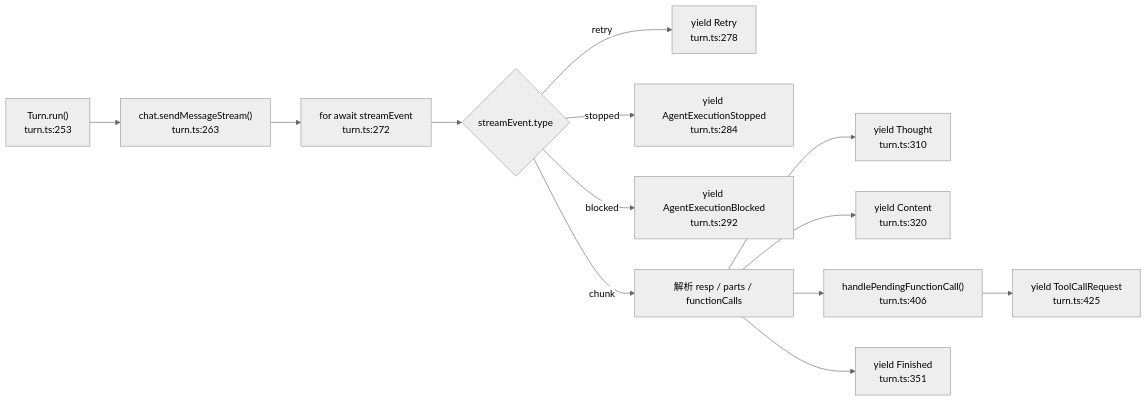
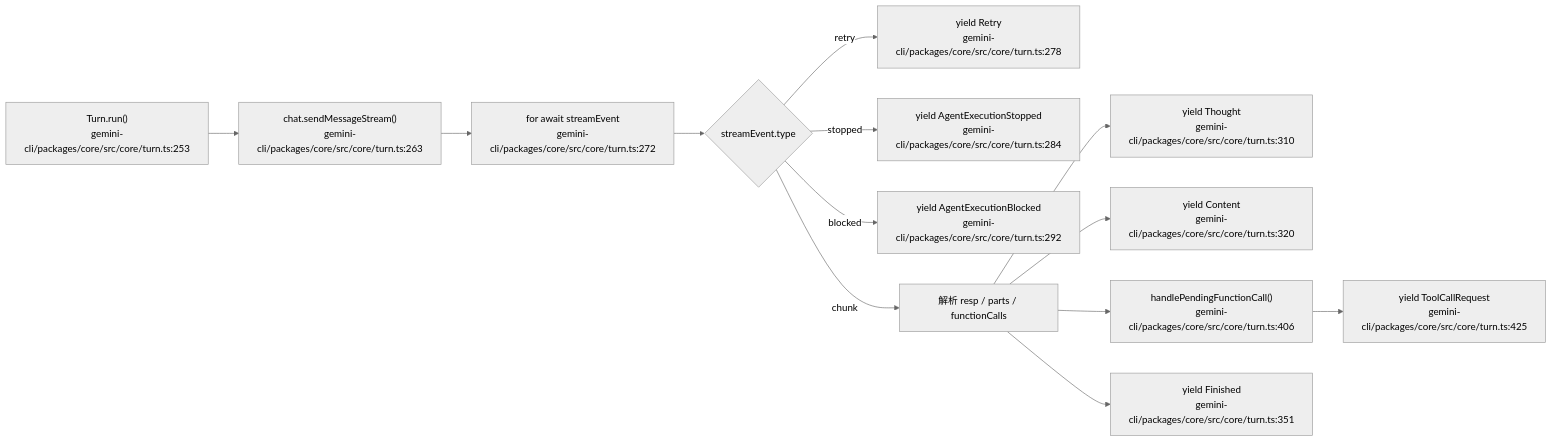
Before and after one commit to feuyeux/hello-olleh: the fourth of 6 diagrams in hello-gemini-cli/03-agent-loop.md, drawn with Mermaid. The commit also changed other lines of this file and 36 other files, not shown here.

````diff
--- a/hello-gemini-cli/03-agent-loop.md
+++ b/hello-gemini-cli/03-agent-loop.md
@@ -157,16 +157,16 @@
 ```mermaid
 %%{init: {'theme': 'neutral'}}%%
 flowchart LR
-    A["Turn.run()<br/>turn.ts:253"] --> B["chat.sendMessageStream()<br/>turn.ts:263"]
-    B --> C["for await streamEvent<br/>turn.ts:272"]
+    A["Turn.run()<br/>gemini-cli/packages/core/src/core/turn.ts:253"] --> B["chat.sendMessageStream()<br/>gemini-cli/packages/core/src/core/turn.ts:263"]
+    B --> C["for await streamEvent<br/>gemini-cli/packages/core/src/core/turn.ts:272"]
     C --> D{"streamEvent.type"}
-    D -->|retry| E["yield Retry<br/>turn.ts:278"]
-    D -->|stopped| F["yield AgentExecutionStopped<br/>turn.ts:284"]
-    D -->|blocked| G["yield AgentExecutionBlocked<br/>turn.ts:292"]
+    D -->|retry| E["yield Retry<br/>gemini-cli/packages/core/src/core/turn.ts:278"]
+    D -->|stopped| F["yield AgentExecutionStopped<br/>gemini-cli/packages/core/src/core/turn.ts:284"]
+    D -->|blocked| G["yield AgentExecutionBlocked<br/>gemini-cli/packages/core/src/core/turn.ts:292"]
     D -->|chunk| H["解析 resp / parts / functionCalls"]
-    H --> I["yield Thought<br/>turn.ts:310"]
-    H --> J["yield Content<br/>turn.ts:320"]
-    H --> K["handlePendingFunctionCall()<br/>turn.ts:406"]
-    K --> L["yield ToolCallRequest<br/>turn.ts:425"]
-    H --> M["yield Finished<br/>turn.ts:351"]
+    H --> I["yield Thought<br/>gemini-cli/packages/core/src/core/turn.ts:310"]
+    H --> J["yield Content<br/>gemini-cli/packages/core/src/core/turn.ts:320"]
+    H --> K["handlePendingFunctionCall()<br/>gemini-cli/packages/core/src/core/turn.ts:406"]
+    K --> L["yield ToolCallRequest<br/>gemini-cli/packages/core/src/core/turn.ts:425"]
+    H --> M["yield Finished<br/>gemini-cli/packages/core/src/core/turn.ts:351"]
 ```
````
